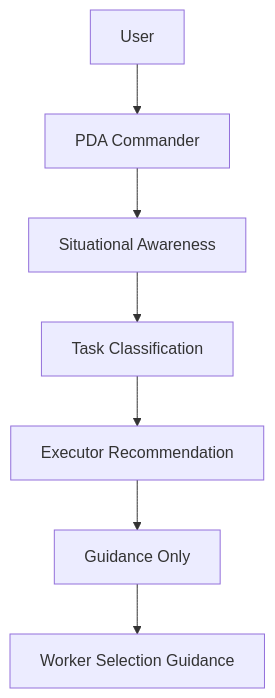
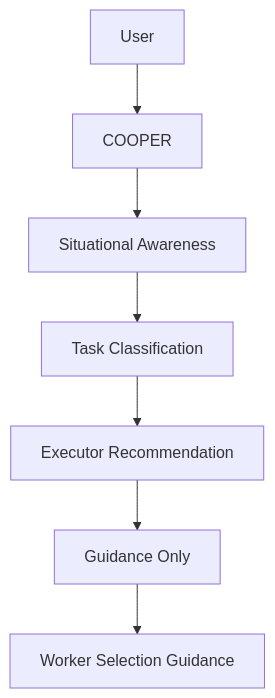
The diagram in Documentation/PDA-Commander-Architecture.md (ThemisEidos/AI-Ecosystem), drawn with Mermaid before and after one commit. The commit also changed other lines of this file and 17 other files, not shown here.

Commit message:
feat(commander): introduce COOPER identity and personality layer

````diff
--- a/Documentation/PDA-Commander-Architecture.md
+++ b/Documentation/PDA-Commander-Architecture.md
@@ -9,9 +9,9 @@
 ```mermaid
 flowchart TD
-    U[User] --> C[PDA Commander]
+    U[User] --> C[COOPER]
     C --> S[Situational Awareness]
     S --> A[Task Classification]
     A --> R[Executor Recommendation]
     R --> G[Guidance Only]
     G --> W[Worker Selection Guidance]
 ```
````
